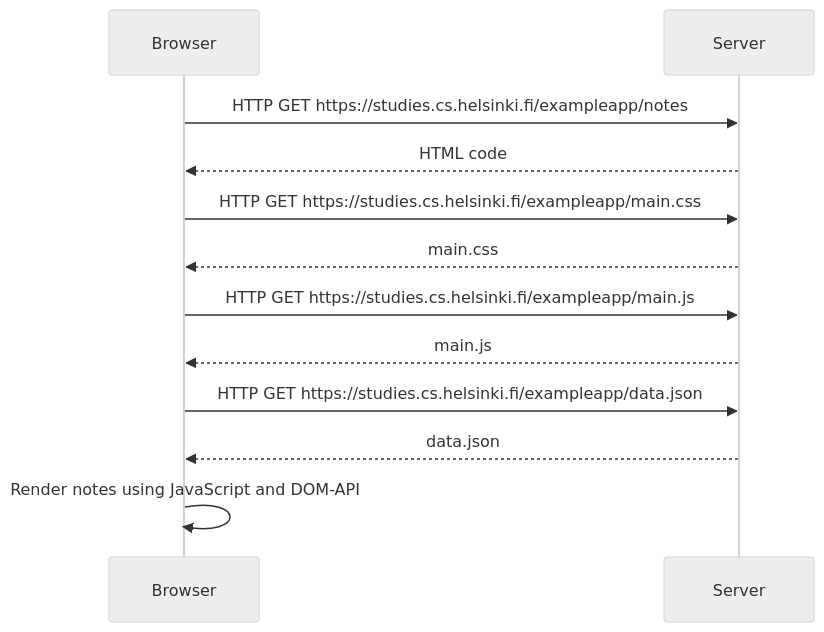
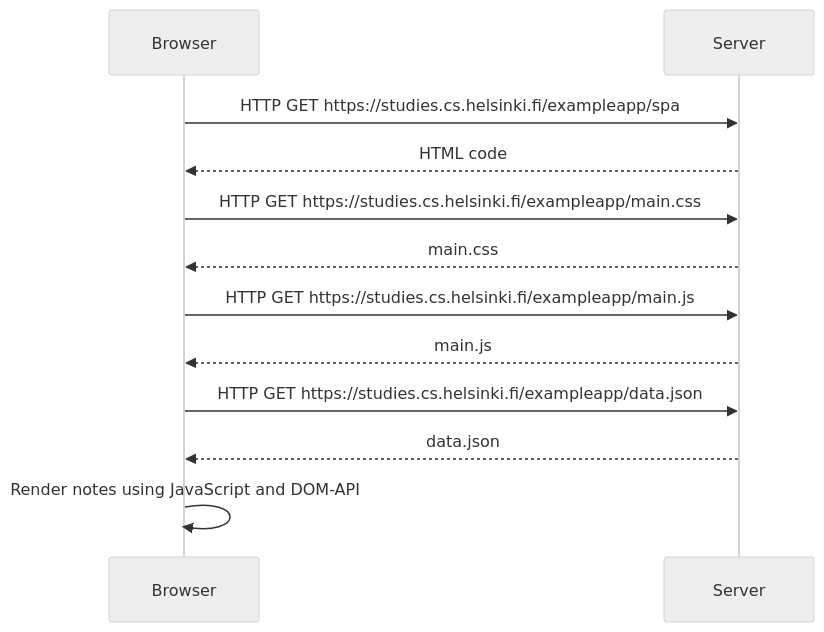
The diagram in part0/0.5 Single page app diagram/Diagram.md (antoniofdezflambo/FullStackOpen), drawn with Mermaid (neutral theme) before and after one commit.

Commit message:
Exercise 0.5 completed

````diff
--- a/part0/0.5 Single page app diagram/Diagram.md
+++ b/part0/0.5 Single page app diagram/Diagram.md
@@ -1,17 +1,17 @@
 ```mermaid
 
 sequenceDiagram
     participant Navegador as Browser
     participant Servidor as Server
 
-    Navegador->>Servidor: HTTP GET https://studies.cs.helsinki.fi/exampleapp/notes
+    Navegador->>Servidor: HTTP GET https://studies.cs.helsinki.fi/exampleapp/spa
     Servidor-->>Navegador: HTML code
     Navegador->>Servidor: HTTP GET https://studies.cs.helsinki.fi/exampleapp/main.css
     Servidor-->>Navegador: main.css
     Navegador->>Servidor: HTTP GET https://studies.cs.helsinki.fi/exampleapp/main.js
     Servidor-->>Navegador: main.js
     Navegador->>Servidor: HTTP GET https://studies.cs.helsinki.fi/exampleapp/data.json
     Servidor-->>Navegador: data.json
     Navegador->>Navegador: Render notes using JavaScript and DOM-API  
 
 ```
````
